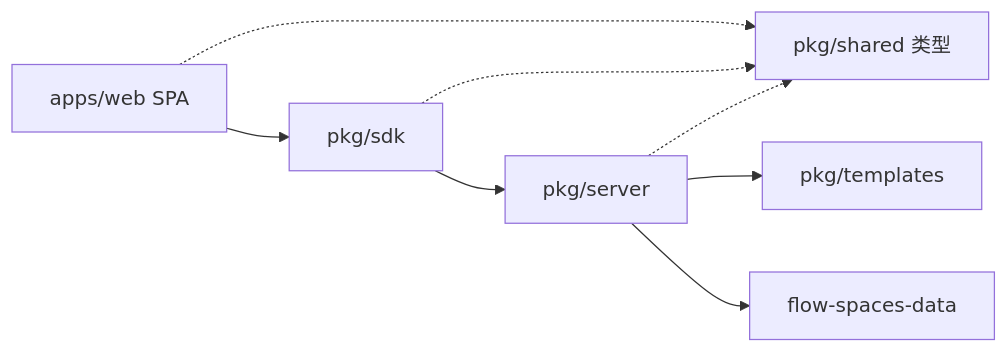
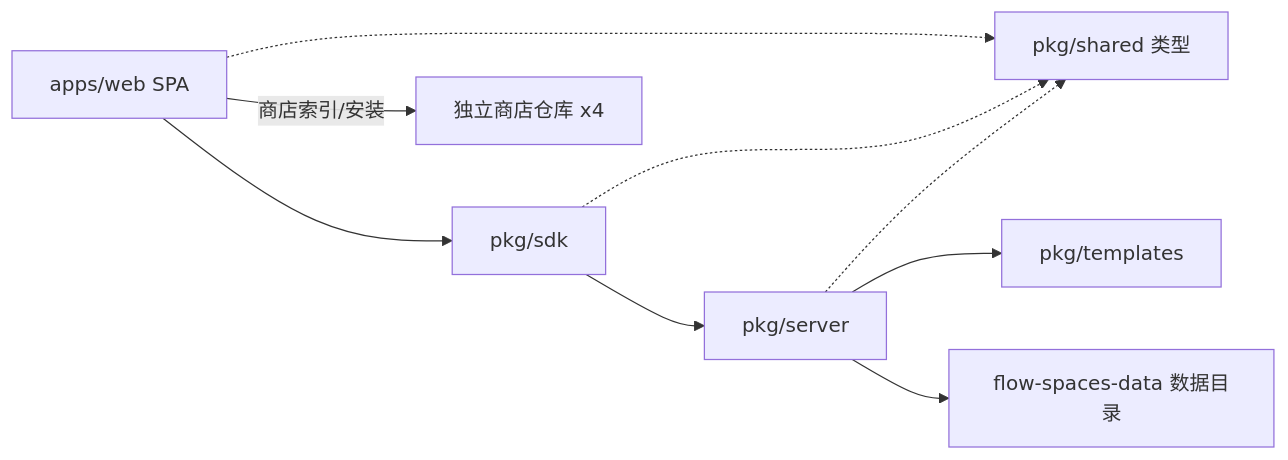
One commit to hunmer/flow_spaces changed the diagram in CLAUDE.md. Above: the diagram before and after it, drawn with Mermaid. The commit also changed other lines of this file and 27 other files, not shown here.

````diff
--- a/CLAUDE.md
+++ b/CLAUDE.md
@@ -34,8 +41,9 @@
 ```mermaid
 graph LR
   WEB[apps/web SPA] --> SDK[pkg/sdk] --> SERVER[pkg/server]
   WEB -.-> SHARED[pkg/shared 类型]
   SDK -.-> SHARED
   SERVER -.-> SHARED
-  SERVER --> TPL[pkg/templates] & DATA[flow-spaces-data]
+  SERVER --> TPL[pkg/templates] & DATA[flow-spaces-data 数据目录]
+  WEB --商店索引/安装--> STORES[独立商店仓库 x4]
 ```
````
